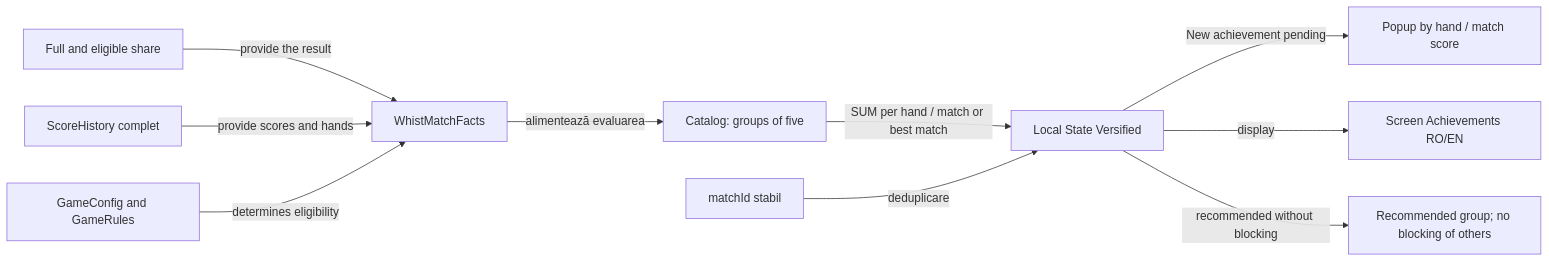
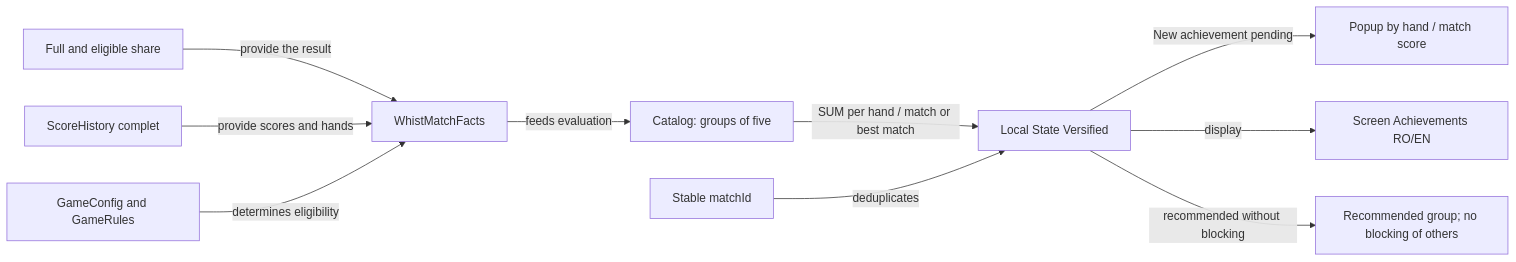
One commit to crististefanita/atf_j4 changed the diagram in docs/game/ATF_Achievements.md. Above: the diagram before and after it, drawn with Mermaid. The commit also changed other lines of this file and 84 other files, not shown here.

````diff
--- a/docs/game/ATF_Achievements.md
+++ b/docs/game/ATF_Achievements.md
@@ -9,12 +9,12 @@
 ```mermaid
 flowchart LR
     MATCH[Full and eligible share] -->|provide the result| FACTS[WhistMatchFacts]
     LEDGER[ScoreHistory complet] -->|provide scores and hands| FACTS
     RULES[GameConfig and GameRules] -->|determines eligibility| FACTS
-    FACTS -->|alimentează evaluarea| CATALOG[Catalog: groups of five]
+    FACTS -->|feeds evaluation| CATALOG[Catalog: groups of five]
     CATALOG -->|SUM per hand / match or best match| STATE[Local State Versified]
-    ID[matchId stabil] -->|deduplicare| STATE
+    ID[Stable matchId] -->|deduplicates| STATE
     STATE -->|New achievement pending| POPUP[Popup by hand / match score]
     STATE -->|display| VIEW[Screen Achievements RO/EN]
     STATE -->|recommended without blocking| PATH[Recommended group; no blocking of others]
 ```
````
